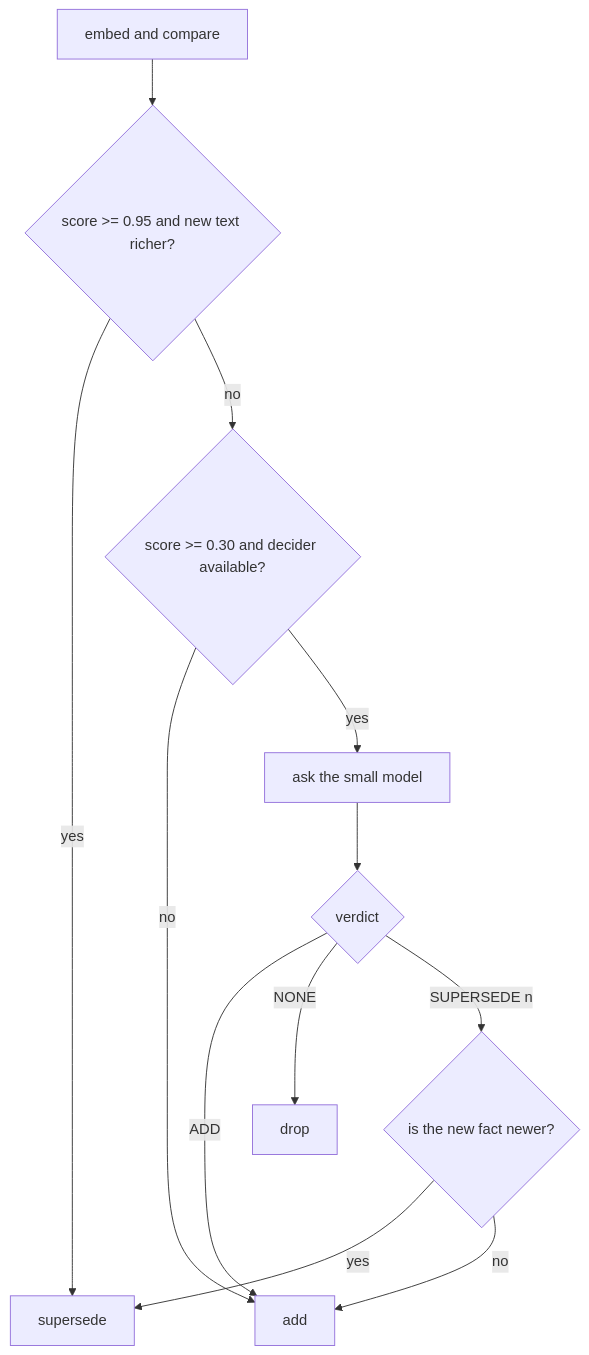
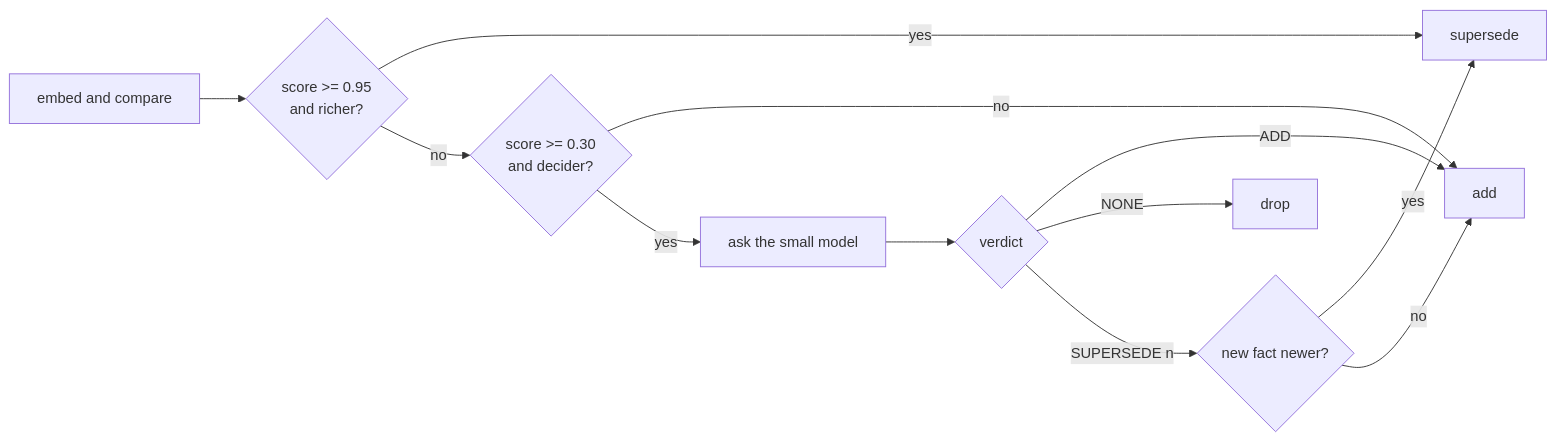
One commit to ap05-epic/agent-memory-prototype changed the fourth of 10 diagrams in docs/agent-memory/ARCHITECTURE.md. Above: the diagram before and after it, drawn with Mermaid. The commit also changed other lines of this file, not shown here.

First line of the commit message:
Diagrams: render-verified and four layout fixes

````diff
--- a/docs/agent-memory/ARCHITECTURE.md
+++ b/docs/agent-memory/ARCHITECTURE.md
@@ -122,14 +122,14 @@
 ```mermaid
-flowchart TD
-    E[embed and compare] --> F{"score >= 0.95 and new text richer?"}
+flowchart LR
+    E[embed and compare] --> F{"score >= 0.95<br/>and richer?"}
     F -->|yes| SUP[supersede]
-    F -->|no| G{"score >= 0.30 and decider available?"}
+    F -->|no| G{"score >= 0.30<br/>and decider?"}
     G -->|no| ADD[add]
     G -->|yes| H[ask the small model]
     H --> I{verdict}
     I -->|ADD| ADD
     I -->|NONE| DROP[drop]
-    I -->|SUPERSEDE n| J{is the new fact newer?}
+    I -->|SUPERSEDE n| J{new fact newer?}
     J -->|yes| SUP
     J -->|no| ADD
 ```
````
